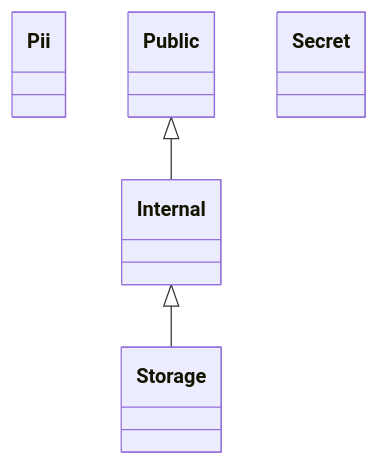
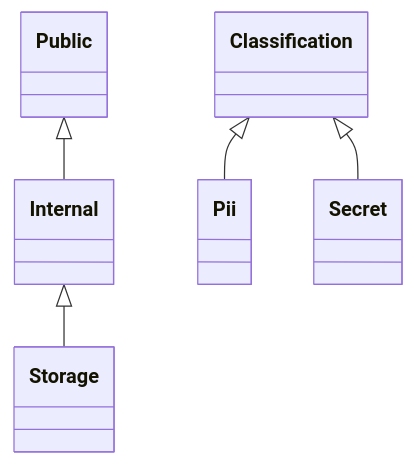
Before and after one commit to release-art/pydantic-prism: the first of 6 diagrams in examples/pii_dataflow/README.md, drawn with Mermaid. The commit also changed 14 other files, not shown here.

````diff
--- a/examples/pii_dataflow/README.md
+++ b/examples/pii_dataflow/README.md
@@ -7,11 +7,14 @@
 ```mermaid
 classDiagram
     direction TB
+    class Classification
     class Internal
     class Pii
     class Public
     class Secret
     class Storage
     Public <|-- Internal
+    Classification <|-- Pii
+    Classification <|-- Secret
     Internal <|-- Storage
 ```
````
